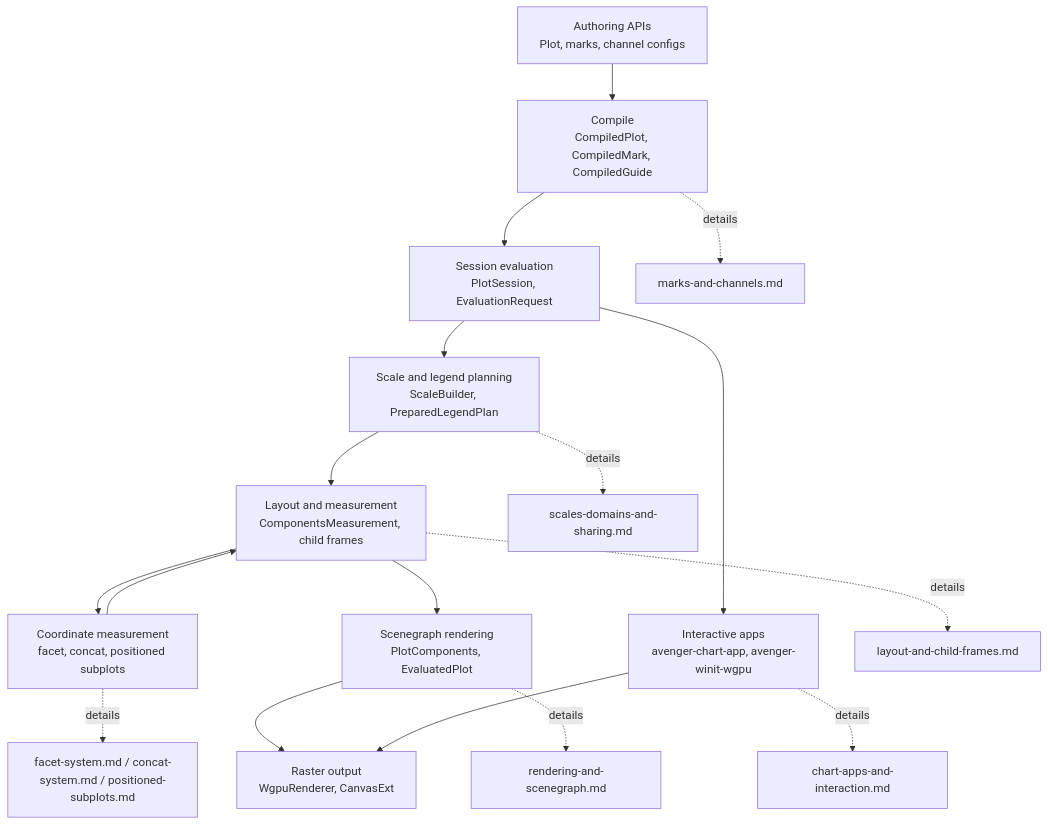
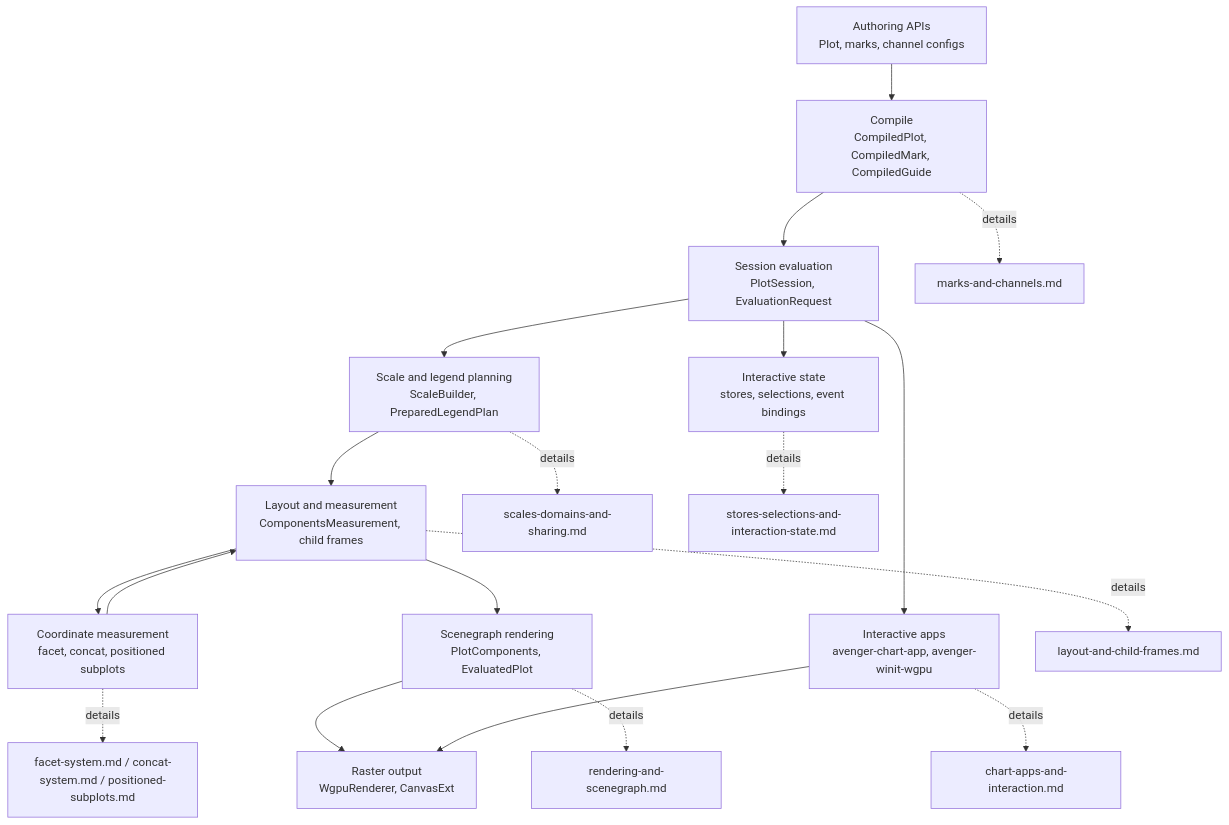
The diagram in avenger-chart/docs/architecture/README.md (jonmmease/avenger), drawn with Mermaid before and after one commit. The commit also changed other lines of this file and 7 other files, not shown here.

Commit message:
feat(chart): let tools expand neutral selections

````diff
--- a/avenger-chart/docs/architecture/README.md
+++ b/avenger-chart/docs/architecture/README.md
@@ -32,30 +35,33 @@
 ```mermaid
 flowchart TD
     Author["Authoring APIs\nPlot, marks, channel configs"]
     Compile["Compile\nCompiledPlot, CompiledMark, CompiledGuide"]
     Session["Session evaluation\nPlotSession, EvaluationRequest"]
     ScaleLegend["Scale and legend planning\nScaleBuilder, PreparedLegendPlan"]
     Layout["Layout and measurement\nComponentsMeasurement, child frames"]
     Coord["Coordinate measurement\nfacet, concat, positioned subplots"]
     Render["Scenegraph rendering\nPlotComponents, EvaluatedPlot"]
     Wgpu["Raster output\nWgpuRenderer, CanvasExt"]
     Apps["Interactive apps\navenger-chart-app, avenger-winit-wgpu"]
+    State["Interactive state\nstores, selections, event bindings"]
 
     Author --> Compile
     Compile --> Session
     Session --> ScaleLegend
     ScaleLegend --> Layout
     Layout --> Coord
     Coord --> Layout
     Layout --> Render
     Render --> Wgpu
     Session --> Apps
+    Session --> State
     Apps --> Wgpu
 
     Compile -. details .-> Marks["marks-and-channels.md"]
     ScaleLegend -. details .-> Scales["scales-domains-and-sharing.md"]
     Layout -. details .-> ChildFrames["layout-and-child-frames.md"]
     Coord -. details .-> Containers["facet-system.md / concat-system.md / positioned-subplots.md"]
     Render -. details .-> Rendering["rendering-and-scenegraph.md"]
     Apps -. details .-> AppDocs["chart-apps-and-interaction.md"]
+    State -. details .-> StateDocs["stores-selections-and-interaction-state.md"]
 ```
````
